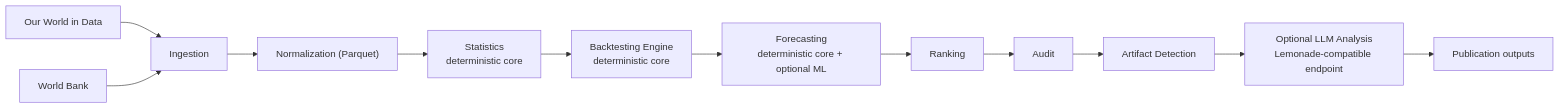
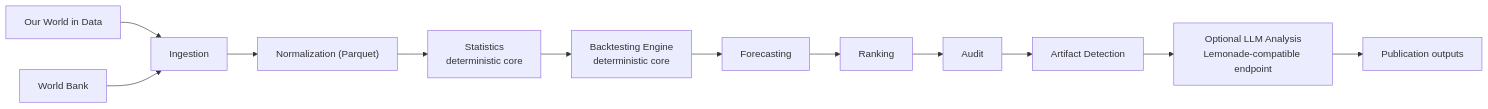
Before and after one commit to Patrice-Gaudicheau/ContinuityBreakDetector: the diagram in README.md, drawn with Mermaid. The commit also changed other lines of this file and 1 other file, not shown here.

````diff
--- a/README.md
+++ b/README.md
@@ -27,14 +25,14 @@
 ```mermaid
 flowchart LR
     OWID["Our World in Data"] --> ING["Ingestion"]
     WB["World Bank"] --> ING
     ING --> NORM["Normalization (Parquet)"]
     NORM --> STATS["Statistics<br/>deterministic core"]
     STATS --> BACKTEST["Backtesting Engine<br/>deterministic core"]
-    BACKTEST --> FORECAST["Forecasting<br/>deterministic core + optional ML"]
+    BACKTEST --> FORECAST["Forecasting"]
     FORECAST --> RANK["Ranking"]
     RANK --> AUDIT["Audit"]
     AUDIT --> ARTIFACT["Artifact Detection"]
     ARTIFACT --> LLM["Optional LLM Analysis<br/>Lemonade-compatible endpoint"]
     LLM --> PUB["Publication outputs"]
 ```
````
